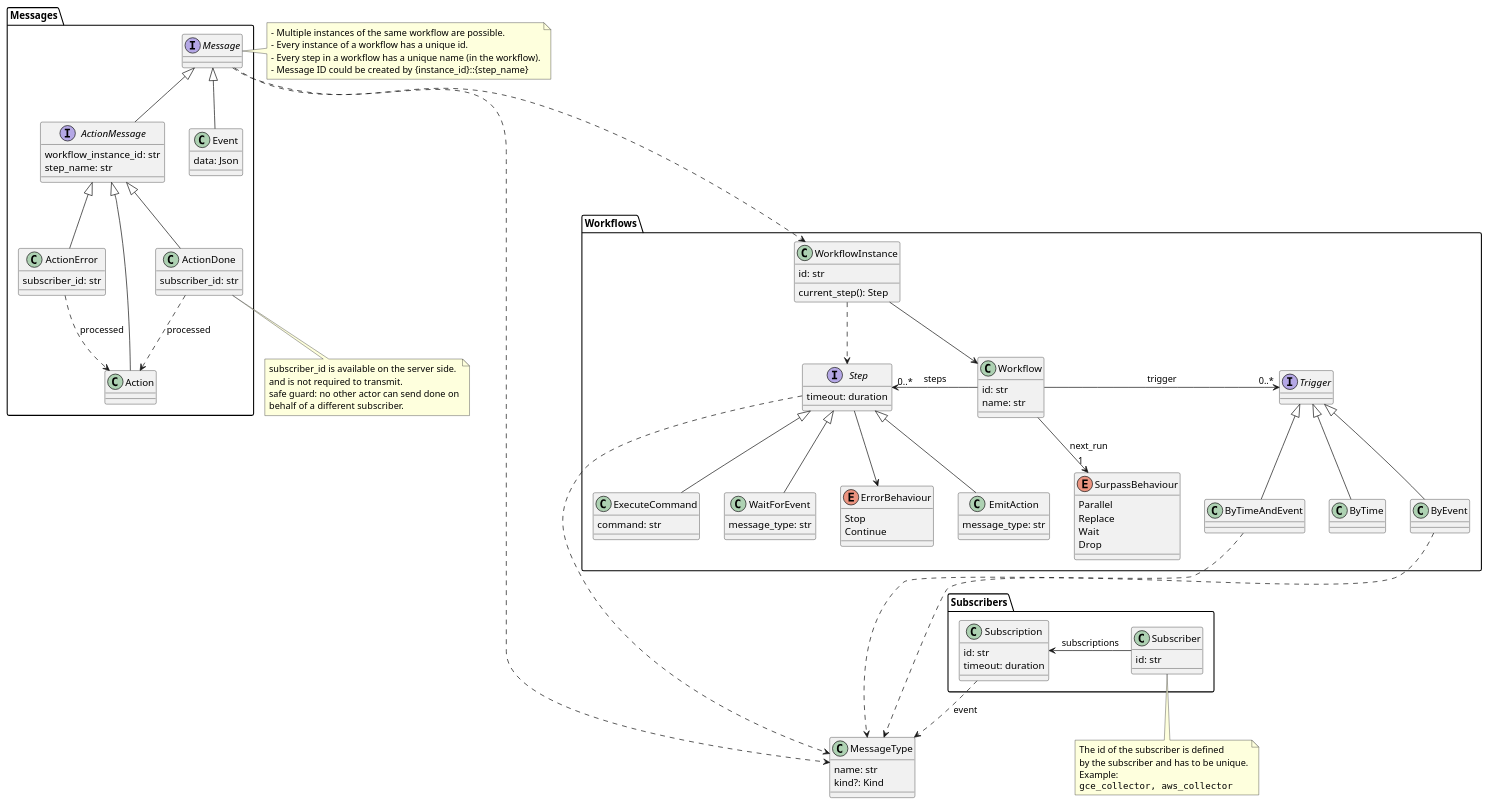
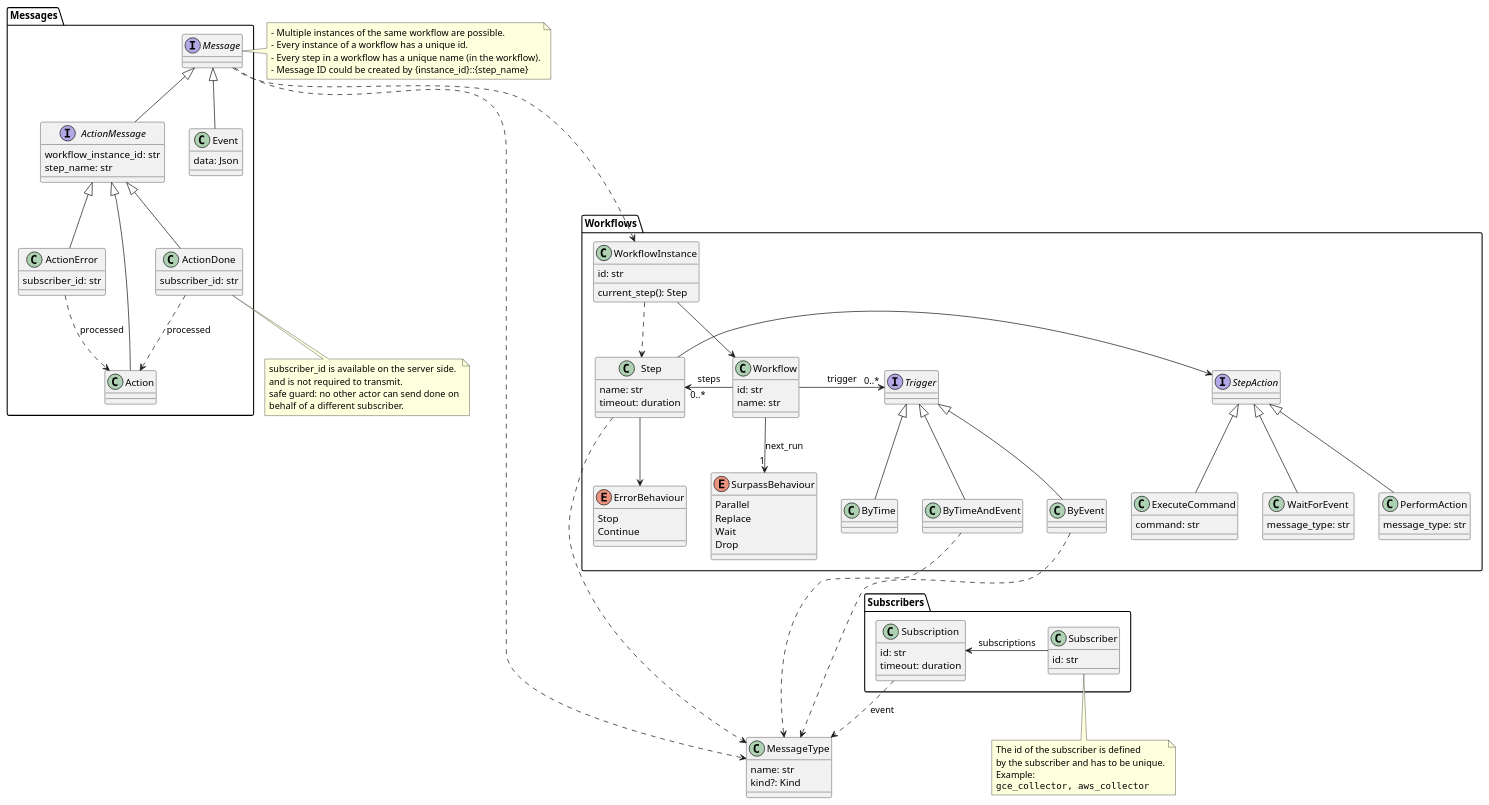
One commit to someengineering/fixinventory changed the first of 2 diagrams in ckcore/docs/workflow.puml. Above: the diagram before and after it, drawn with PlantUML. The commit also changed other lines of this file and 3 other files, not shown here.

```diff
--- a/ckcore/docs/workflow.puml
+++ b/ckcore/docs/workflow.puml
@@ -2,127 +2,131 @@
 @startuml
 
 class MessageType {
   name: str
   kind?: Kind
 }
 
 package Messages {
     interface Message {
     }
     interface ActionMessage {
       workflow_instance_id: str
       step_name: str
     }
     class Event {
       data: Json
     }
     class ActionDone {
       subscriber_id: str
     }
     class ActionError {
       subscriber_id: str
     }
     Message <|-- Event
     Message <|-- ActionMessage
     ActionMessage <|-- ActionDone
     ActionMessage <|-- ActionError
     ActionMessage <|-- Action
     ActionError ..> Action: processed
     ActionDone ..> Action: processed
 }
 note right of Message {
 - Multiple instances of the same workflow are possible.
 - Every instance of a workflow has a unique id.
 - Every step in a workflow has a unique name (in the workflow).
 - Message ID could be created by {instance_id}::{step_name}
 }
 note bottom of ActionDone {
 subscriber_id is available on the server side.
 and is not required to transmit.
 safe guard: no other actor can send done on
 behalf of a different subscriber.
 }
 
 
 package Workflows {
     class Workflow {
       id: str
       name: str
     }
-    interface Step {
+    class Step {
+      name: str
       timeout: duration
     }
-    class EmitAction {
+    interface StepAction {
+    }
+    class PerformAction {
       message_type: str
     }
     class ExecuteCommand {
        command: str
     }
     class WaitForEvent {
       message_type: str
     }
-    Step <|-- EmitAction
-    Step <|-- ExecuteCommand
-    Step <|-- WaitForEvent
+    Step -> StepAction
+    StepAction <|-- PerformAction
+    StepAction <|-- ExecuteCommand
+    StepAction <|-- WaitForEvent
     enum ErrorBehaviour {
         Stop
         Continue
     }
     enum SurpassBehaviour {
         Parallel
         Replace
         Wait
         Drop
     }
     interface Trigger {
     }
     class ByTime
     class ByEvent
     class ByTimeAndEvent
 
     class WorkflowInstance {
       id: str
       current_step(): Step
     }
     Trigger <|--ByTime
     Trigger <|--ByEvent
     Trigger <|--ByTimeAndEvent
     ByEvent ...> MessageType
     ByTimeAndEvent ...> MessageType
     WorkflowInstance --> Workflow
     WorkflowInstance ..> Step
     Step --> ErrorBehaviour
 }
 
 package Subscribers {
     class Subscriber {
        id: str
     }
     class Subscription {
       id: str
       timeout: duration
     }
 }
 note bottom of Subscriber {
 The id of the subscriber is defined
 by the subscriber and has to be unique.
 Example:
 <code>
 gce_collector, aws_collector
 </code>
 }
 
 Subscriber -> Subscription: subscriptions
 Subscription ..> MessageType: event
 
 Message ...> WorkflowInstance
 Message ..> MessageType
 Workflow -> "0..*" Trigger: trigger
 
 
 Workflow -> "0..*" Step: steps
 Step ..> MessageType
 
 Workflow --> "1" SurpassBehaviour: next_run
 
 @enduml
```
